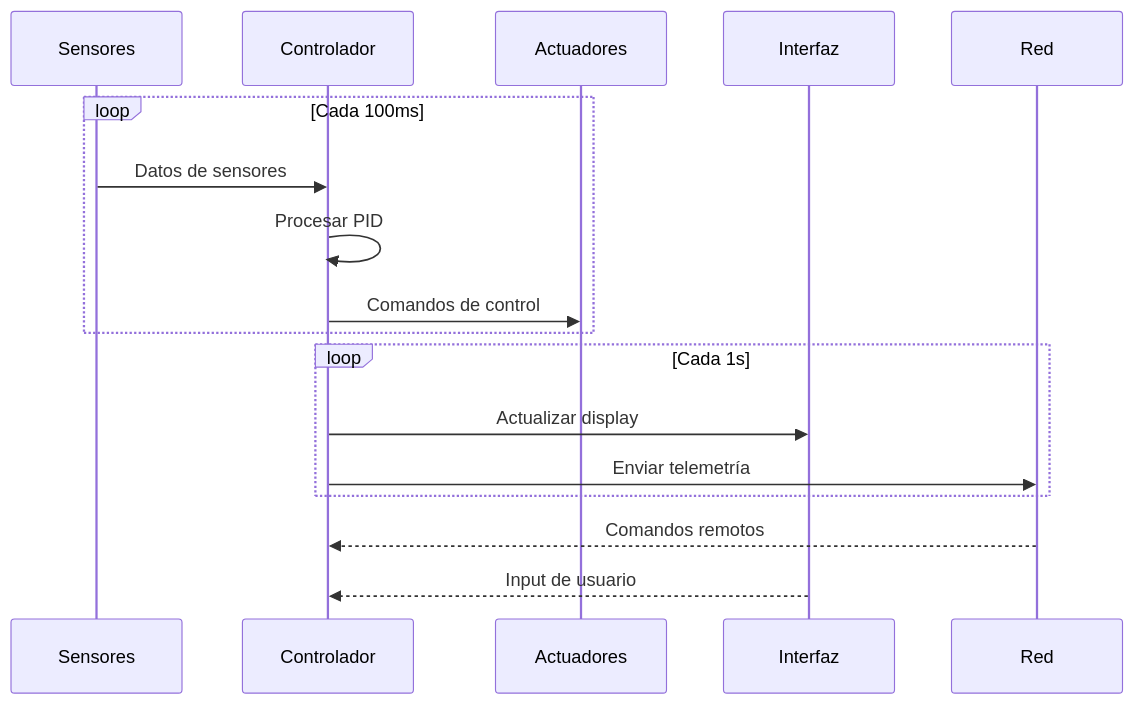
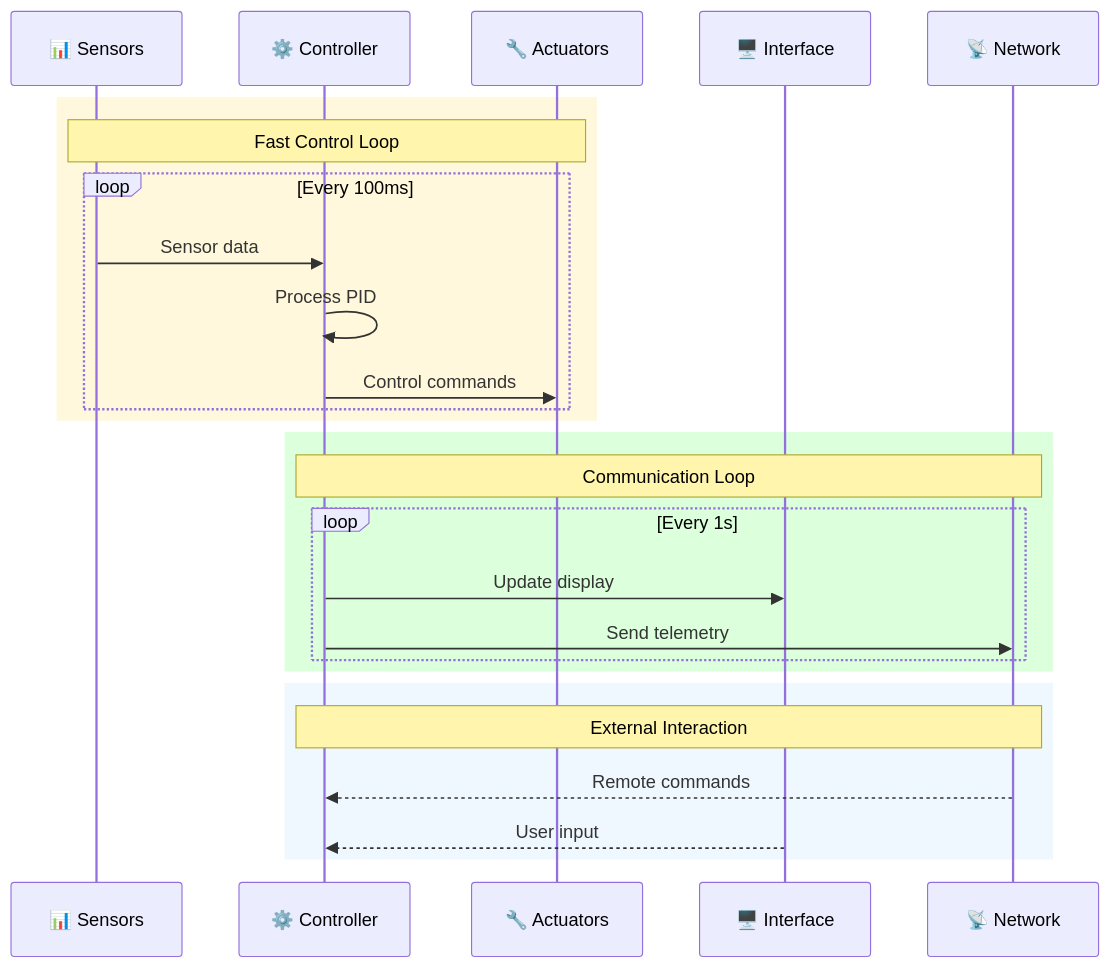
The second of 3 diagrams in docs/i18n/en/docusaurus-plugin-content-docs/version-14.12/architecture/overview.md (medicalopenworld/IncuNest-Docs), drawn with Mermaid before and after one commit. The commit also changed other lines of this file and 4 other files, not shown here.

Commit message:
Update English translations with beautiful mermaid diagrams

````diff
--- a/docs/i18n/en/docusaurus-plugin-content-docs/version-14.12/architecture/overview.md
+++ b/docs/i18n/en/docusaurus-plugin-content-docs/version-14.12/architecture/overview.md
@@ -125,22 +145,31 @@
 ```mermaid
 sequenceDiagram
-    participant S as Sensores
-    participant C as Controlador
-    participant A as Actuadores
-    participant UI as Interfaz
-    participant N as Red
+    participant S as 📊 Sensors
+    participant C as ⚙️ Controller
+    participant A as 🔧 Actuators
+    participant UI as 🖥️ Interface
+    participant N as 📡 Network
     
-    loop Cada 100ms
-        S->>C: Datos de sensores
-        C->>C: Procesar PID
-        C->>A: Comandos de control
+    rect rgb(255, 248, 220)
+        Note over S,A: Fast Control Loop
+        loop Every 100ms
+            S->>C: Sensor data
+            C->>C: Process PID
+            C->>A: Control commands
+        end
     end
     
-    loop Cada 1s
-        C->>UI: Actualizar display
-        C->>N: Enviar telemetría
+    rect rgb(220, 255, 220)
+        Note over C,N: Communication Loop
+        loop Every 1s
+            C->>UI: Update display
+            C->>N: Send telemetry
+        end
     end
     
-    N-->>C: Comandos remotos
-    UI-->>C: Input de usuario
+    rect rgb(240, 248, 255)
+        Note over N,C: External Interaction
+        N-->>C: Remote commands
+        UI-->>C: User input
+    end
 ```
````
